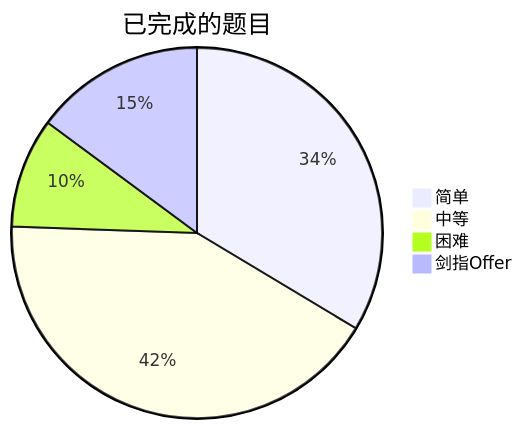
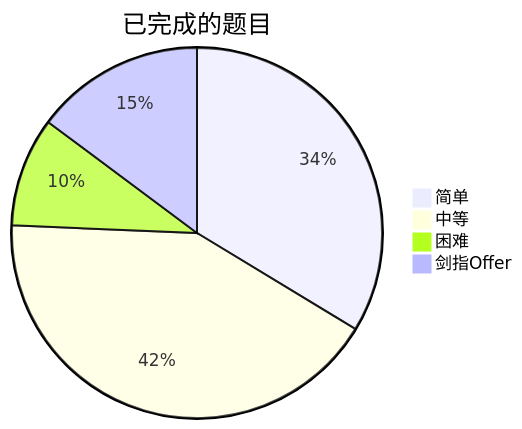
The diagram in README.md (kaisa911/LeetCode), drawn with Mermaid before and after one commit. The commit also changed other lines of this file and 14 other files, not shown here.

````diff
--- a/README.md
+++ b/README.md
@@ -9,7 +9,7 @@
 ```mermaid
 pie title 已完成的题目
-    "简单" : 165
-    "中等" : 206
+    "简单" : 166
+    "中等" : 207
     "困难" : 47
     "剑指Offer" : 73
 ```
````
